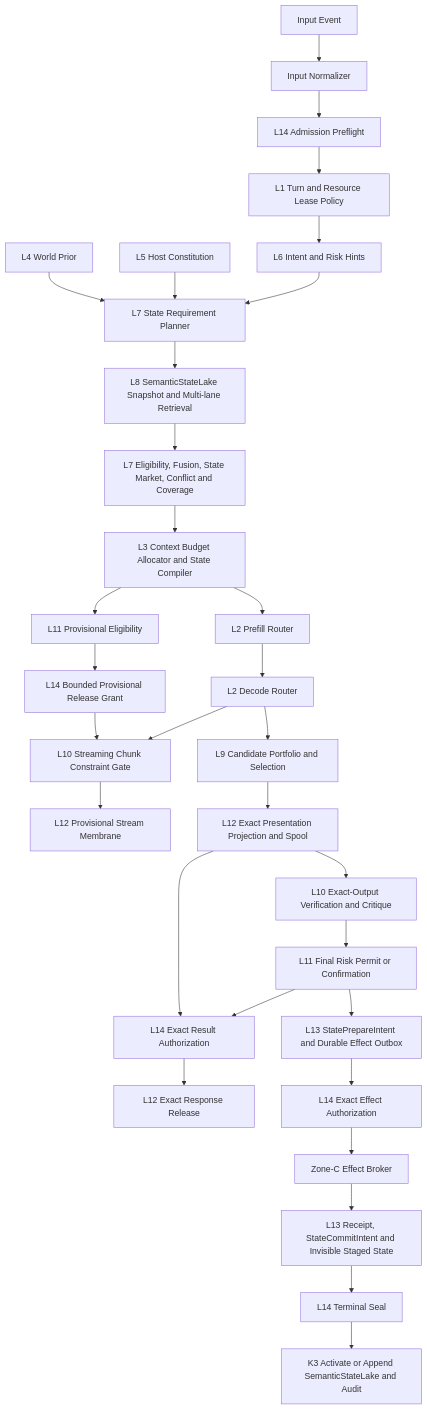
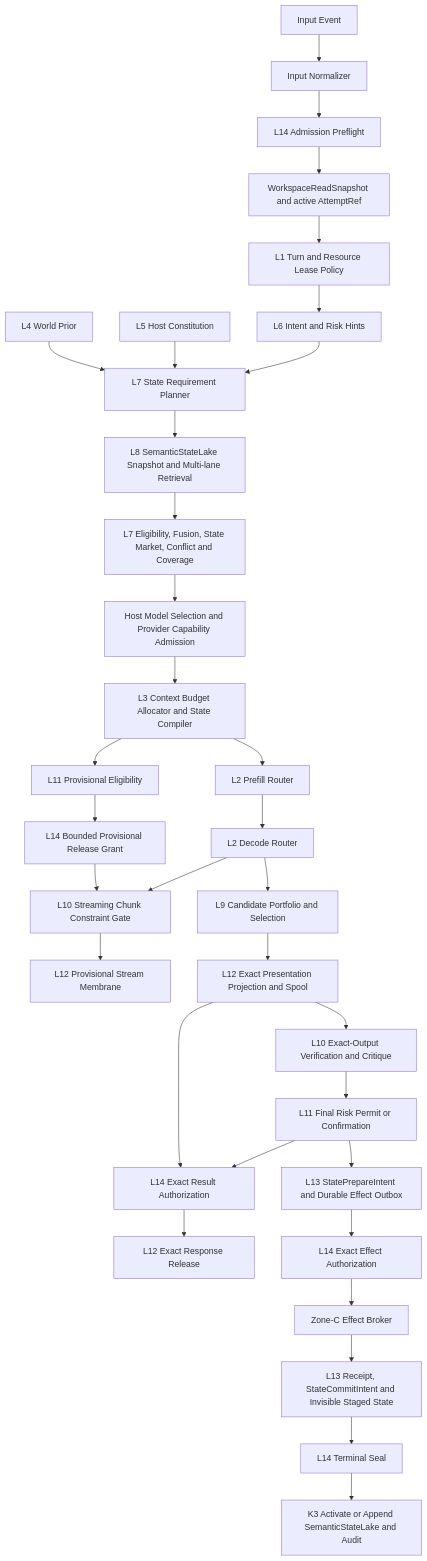
Before and after one commit to ChangGeng01/ProjectSix: the diagram in docs/superpowers/specs/2026-07-14-iphone-air-future-apple-silicon-architecture-design.md, drawn with Mermaid. The commit also changed other lines of this file, not shown here.

````diff
--- a/docs/superpowers/specs/2026-07-14-iphone-air-future-apple-silicon-architecture-design.md
+++ b/docs/superpowers/specs/2026-07-14-iphone-air-future-apple-silicon-architecture-design.md
@@ -638,33 +759,35 @@
 ```mermaid
 flowchart TD
     A[Input Event] --> B[Input Normalizer]
     B --> C[L14 Admission Preflight]
-    C --> D[L1 Turn and Resource Lease Policy]
+    C --> WS[WorkspaceReadSnapshot and active AttemptRef]
+    WS --> D[L1 Turn and Resource Lease Policy]
     D --> E[L6 Intent and Risk Hints]
     W[L4 World Prior] --> F[L7 State Requirement Planner]
     H[L5 Host Constitution] --> F
     E --> F
     F --> G[L8 SemanticStateLake Snapshot and Multi-lane Retrieval]
     G --> I[L7 Eligibility, Fusion, State Market, Conflict and Coverage]
-    I --> J[L3 Context Budget Allocator and State Compiler]
+    I --> MS[Host Model Selection and Provider Capability Admission]
+    MS --> J[L3 Context Budget Allocator and State Compiler]
     J --> PE[L11 Provisional Eligibility]
     PE --> PG[L14 Bounded Provisional Release Grant]
     J --> K[L2 Prefill Router]
     K --> L[L2 Decode Router]
     PG --> SV[L10 Streaming Chunk Constraint Gate]
     L --> SV
     SV --> PS[L12 Provisional Stream Membrane]
     L --> M[L9 Candidate Portfolio and Selection]
     M --> P[L12 Exact Presentation Projection and Spool]
     P --> N[L10 Exact-Output Verification and Critique]
     N --> O[L11 Final Risk Permit or Confirmation]
     P --> RA[L14 Exact Result Authorization]
     O --> RA
     RA --> RR[L12 Exact Response Release]
     O --> Q[L13 StatePrepareIntent and Durable Effect Outbox]
     Q --> R[L14 Exact Effect Authorization]
     R --> S[Zone-C Effect Broker]
     S --> T[L13 Receipt, StateCommitIntent and Invisible Staged State]
     T --> U[L14 Terminal Seal]
     U --> V[K3 Activate or Append SemanticStateLake and Audit]
 ```
````
